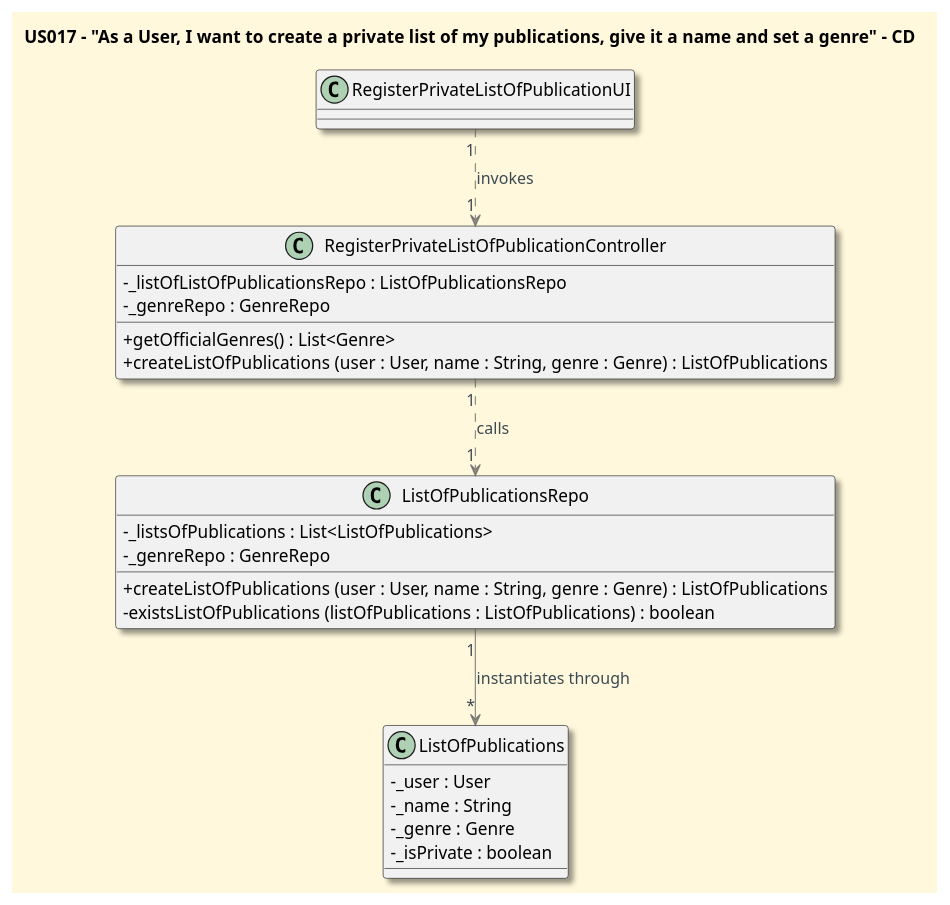
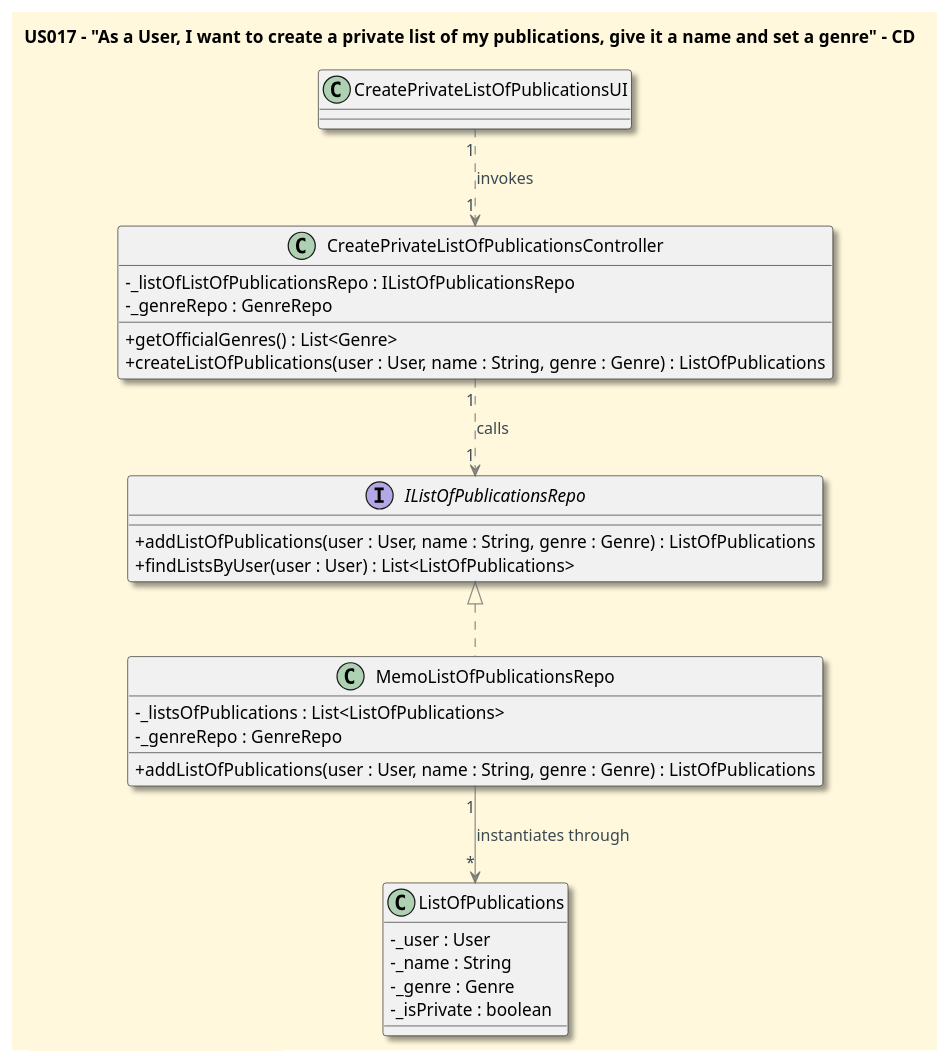
One commit to CarolinaLeite-collab/JavaMarketplacePlatform changed the diagram in docs/userStories/US017/US017_to_create_a_private_list_CD.puml. Above: the diagram before and after it, drawn with PlantUML. The commit also changed 5 other files, not shown here.

Commit message:
docs(diagrams): #369: update SDs/CDs for US017, US019, US020 to use IListOfPublicationsRepo.

```diff
--- a/docs/userStories/US017/US017_to_create_a_private_list_CD.puml
+++ b/docs/userStories/US017/US017_to_create_a_private_list_CD.puml
@@ -1,45 +1,50 @@
 @startuml
 '==== Title ====
 title US017 - "As a User, I want to create a private list of my publications, give it a name and set a genre" - CD
 top to bottom direction
 
 '==== basic style ====
 skinparam monochrome false
 skinparam shadowing true
 skinparam defaultFontName Futura
 skinparam objectFontSize 20
 skinparam backgroundColor CornSilk
 skinparam objectBackgroundColor WhiteSmoke
 skinparam noteBackgroundColor #FFFFE0
 skinparam ArrowFontColor #3B4953
 skinparam ArrowColor #57595BAA
 skinparam classAttributeIconSize 0
 
 '==== entities ====
-Class ListOfPublicationsRepo {
+interface IListOfPublicationsRepo {
++ addListOfPublications(user : User, name : String, genre : Genre) : ListOfPublications
++ findListsByUser(user : User) : List<ListOfPublications>
+}
+
+class MemoListOfPublicationsRepo {
 - _listsOfPublications : List<ListOfPublications>
 - _genreRepo : GenreRepo
-+createListOfPublications (user : User, name : String, genre : Genre) : ListOfPublications
--existsListOfPublications (listOfPublications : ListOfPublications) : boolean
++ addListOfPublications(user : User, name : String, genre : Genre) : ListOfPublications
 }
 
-Class RegisterPrivateListOfPublicationController {
--_listOfListOfPublicationsRepo : ListOfPublicationsRepo
--_genreRepo : GenreRepo
-+ getOfficialGenres() : List<Genre>
-+ createListOfPublications (user : User, name : String, genre : Genre) : ListOfPublications
+class CreatePrivateListOfPublicationsController {
+	-_listOfListOfPublicationsRepo : IListOfPublicationsRepo
+	-_genreRepo : GenreRepo
+	+ getOfficialGenres() : List<Genre>
+	+ createListOfPublications(user : User, name : String, genre : Genre) : ListOfPublications
 }
 
 Class ListOfPublications {
 -_user : User
 -_name : String
 -_genre : Genre
 -_isPrivate : boolean
 }
 
 '==== connections ====
-ListOfPublicationsRepo "1" --> "*" ListOfPublications: instantiates through
-RegisterPrivateListOfPublicationController  "1" ..> "1" ListOfPublicationsRepo: calls
-RegisterPrivateListOfPublicationUI "1" ..> "1" RegisterPrivateListOfPublicationController: invokes
+MemoListOfPublicationsRepo "1" --> "*" ListOfPublications: instantiates through
+IListOfPublicationsRepo <|.. MemoListOfPublicationsRepo
+CreatePrivateListOfPublicationsController  "1" ..> "1" IListOfPublicationsRepo: calls
+CreatePrivateListOfPublicationsUI "1" ..> "1" CreatePrivateListOfPublicationsController: invokes
 
 @enduml
```
